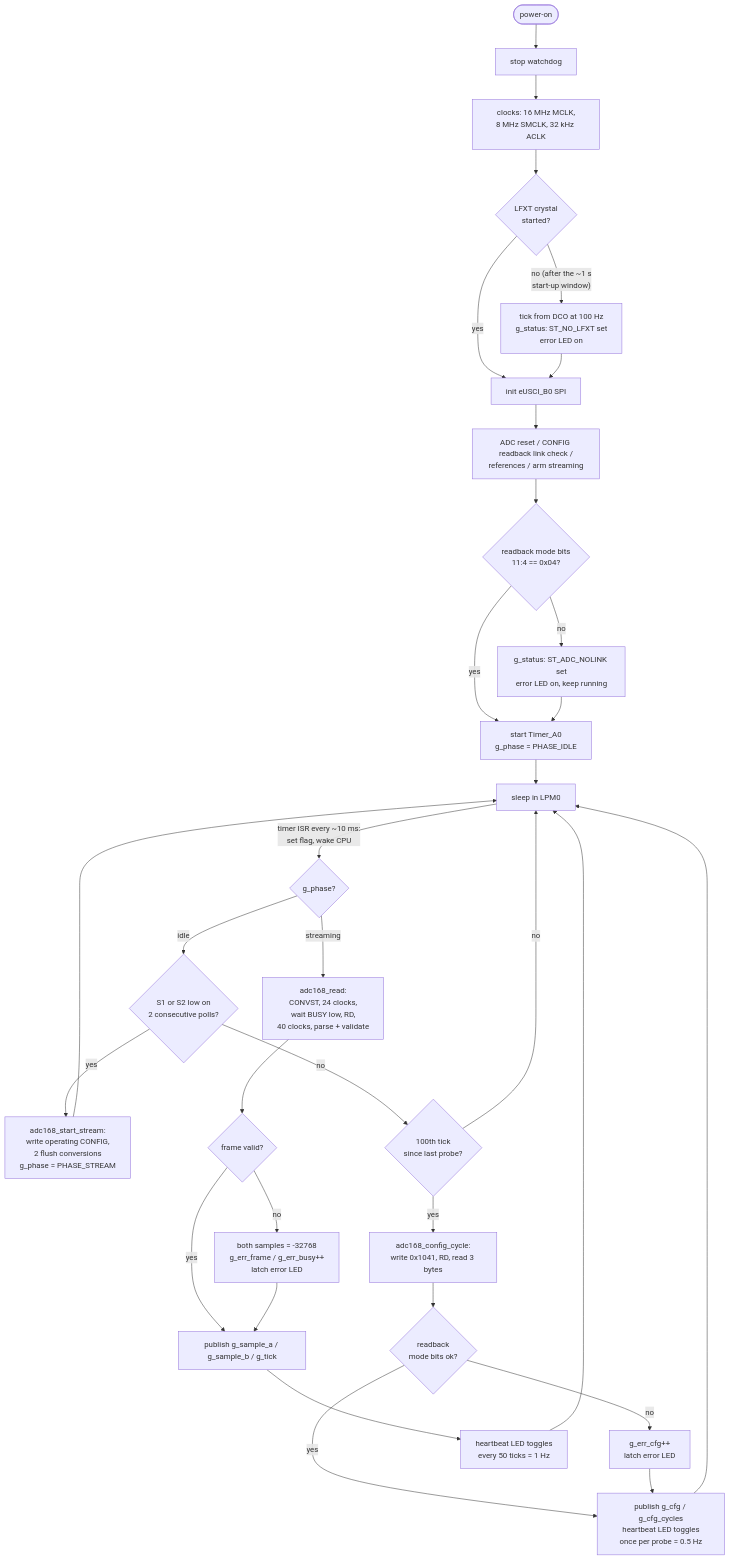
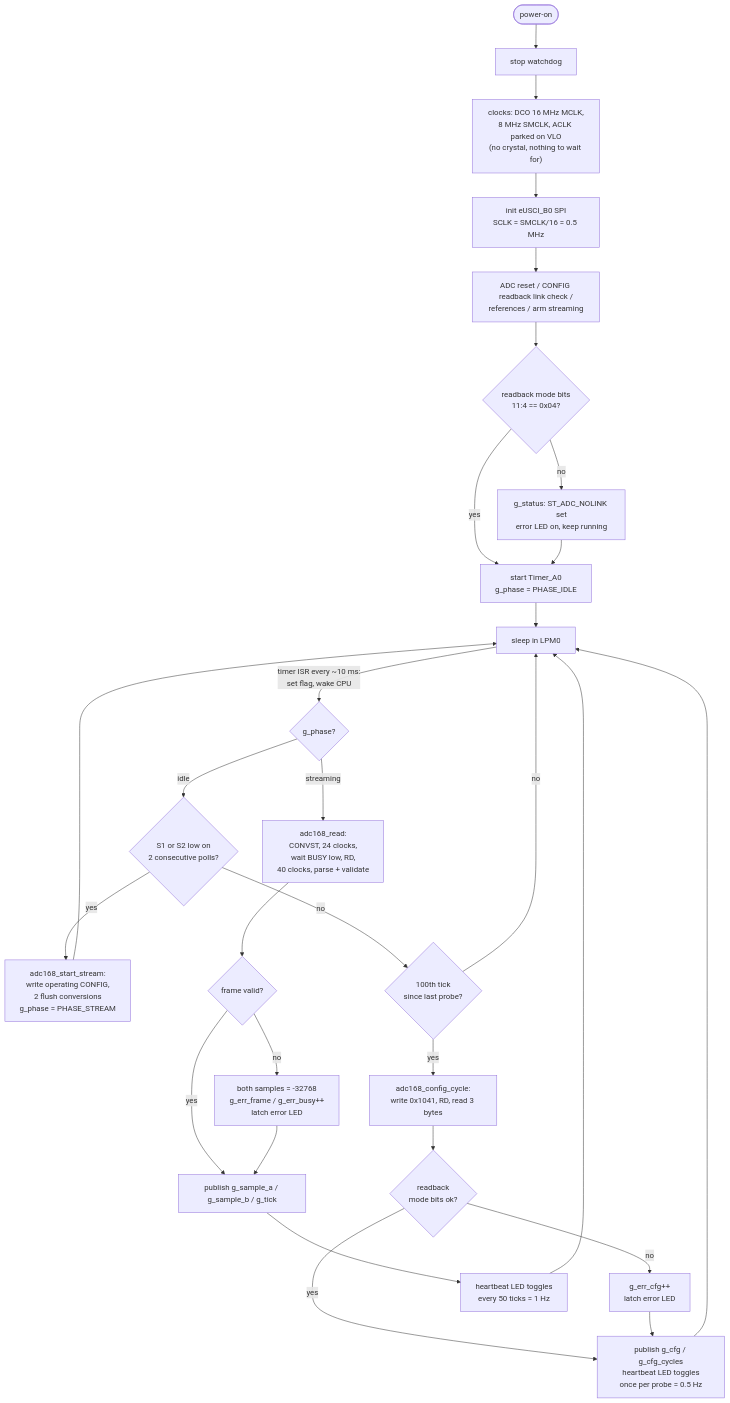
One commit to S-OConnor/MSP430_TestRepo changed the third of 13 diagrams in docs/DESIGN.md. Above: the diagram before and after it, drawn with Mermaid. The commit also changed other lines of this file and 13 other files, not shown here.

````diff
--- a/docs/DESIGN.md
+++ b/docs/DESIGN.md
@@ -193,30 +192,28 @@
 ```mermaid
 flowchart TD
     PO([power-on]) --> WDT["stop watchdog"]
-    WDT --> CLK["clocks: 16 MHz MCLK,<br/>8 MHz SMCLK, 32 kHz ACLK"]
-    CLK --> LFXT{"LFXT crystal<br/>started?"}
-    LFXT -->|yes| SPI
-    LFXT -->|"no (after the ~1 s<br/>start-up window)"| FB["tick from DCO at 100 Hz<br/>g_status: ST_NO_LFXT set<br/>error LED on"] --> SPI
-    SPI["init eUSCI_B0 SPI"] --> AINIT["ADC reset / CONFIG readback link check /<br/>references / arm streaming"]
+    WDT --> CLK["clocks: DCO 16 MHz MCLK,<br/>8 MHz SMCLK, ACLK parked on VLO<br/>(no crystal, nothing to wait for)"]
+    CLK --> SPI
+    SPI["init eUSCI_B0 SPI<br/>SCLK = SMCLK/16 = 0.5 MHz"] --> AINIT["ADC reset / CONFIG readback link check /<br/>references / arm streaming"]
     AINIT --> OK{"readback mode bits<br/>11:4 == 0x04?"}
     OK -->|yes| T0
     OK -->|no| NOLINK["g_status: ST_ADC_NOLINK set<br/>error LED on, keep running"] --> T0
     T0["start Timer_A0<br/>g_phase = PHASE_IDLE"] --> SLEEP
 
     SLEEP["sleep in LPM0"] -->|"timer ISR every ~10 ms:<br/>set flag, wake CPU"| PHASE{"g_phase?"}
 
     PHASE -->|idle| BTN{"S1 or S2 low on<br/>2 consecutive polls?"}
     BTN -->|yes| ARM["adc168_start_stream:<br/>write operating CONFIG,<br/>2 flush conversions<br/>g_phase = PHASE_STREAM"] --> SLEEP
     BTN -->|no| NTH{"100th tick<br/>since last probe?"}
     NTH -->|no| SLEEP
     NTH -->|yes| PROBE["adc168_config_cycle:<br/>write 0x1041, RD, read 3 bytes"] --> CFGOK{"readback<br/>mode bits ok?"}
     CFGOK -->|yes| IDLED
     CFGOK -->|no| CFGERR["g_err_cfg++<br/>latch error LED"] --> IDLED
     IDLED["publish g_cfg / g_cfg_cycles<br/>heartbeat LED toggles<br/>once per probe = 0.5 Hz"] --> SLEEP
 
     PHASE -->|streaming| READ["adc168_read:<br/>CONVST, 24 clocks,<br/>wait BUSY low, RD,<br/>40 clocks, parse + validate"]
     READ --> VALID{"frame valid?"}
     VALID -->|yes| PUB["publish g_sample_a / g_sample_b / g_tick"]
     VALID -->|no| ERR["both samples = -32768<br/>g_err_frame / g_err_busy++<br/>latch error LED"] --> PUB
     PUB --> LEDS["heartbeat LED toggles<br/>every 50 ticks = 1 Hz"] --> SLEEP
 ```
````
